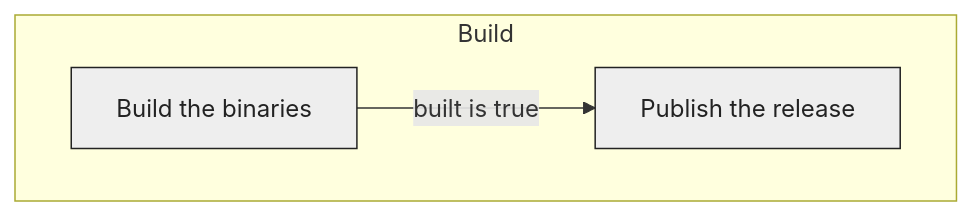
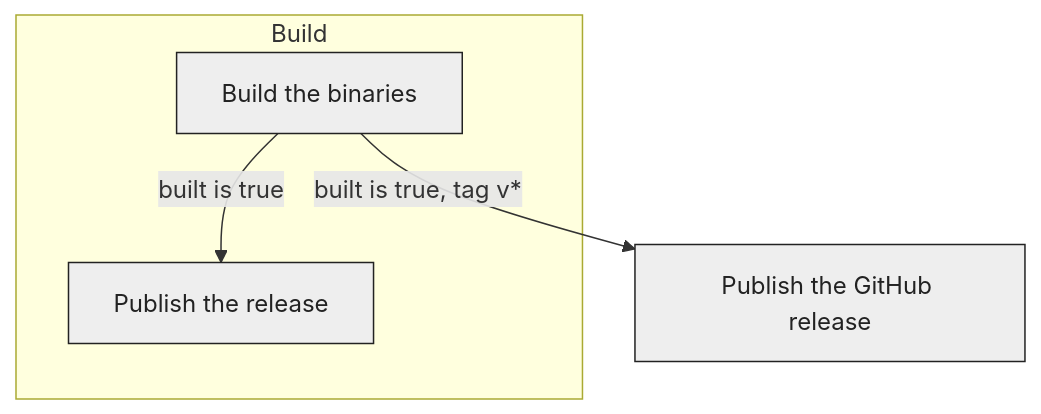
One commit to matthewbaggett/vcs changed the second of 2 diagrams in docs/ci/build.md. Above: the diagram before and after it, drawn with Mermaid. The commit also changed other lines of this file and 1 other file, not shown here.

First line of the commit message:
Publish tagged releases to GitHub as well as Forgejo

````diff
--- a/docs/ci/build.md
+++ b/docs/ci/build.md
@@ -44,11 +44,12 @@
 ```mermaid
 flowchart TD
   subgraph Build
     build["Build the binaries"]:::job
     publish["Publish the release"]:::job
   end
   build -- built is true --> publish
+  build -- built is true, tag v* --> publish_github["Publish the GitHub release"]:::job
   classDef job fill:#eeeeee,stroke:#222222,color:#222222
   classDef external fill:#e6d9f5,stroke:#3d1f66,color:#3d1f66
   classDef gate fill:#fff0b3,stroke:#5c4500,color:#5c4500
 ```
````
